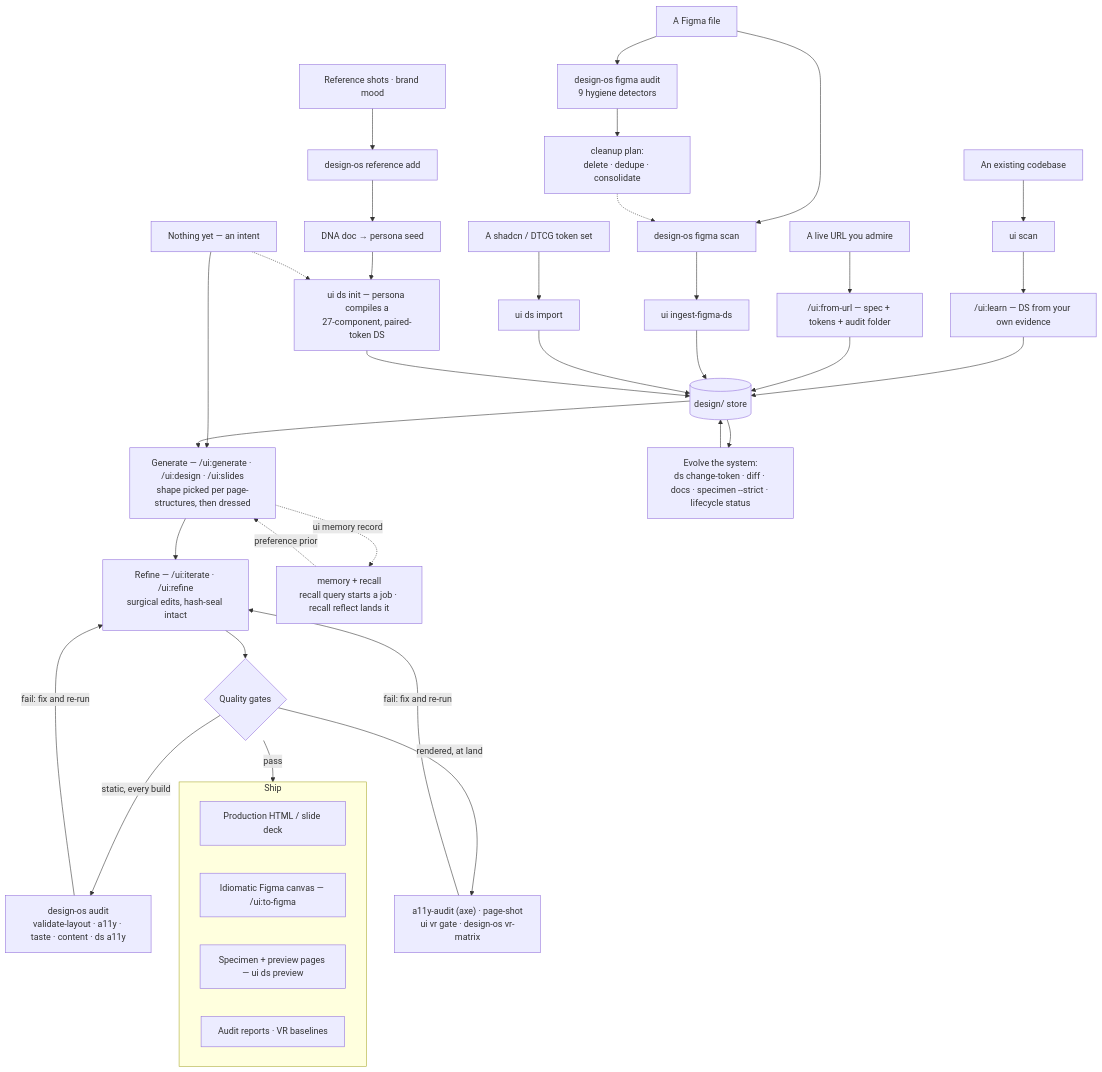
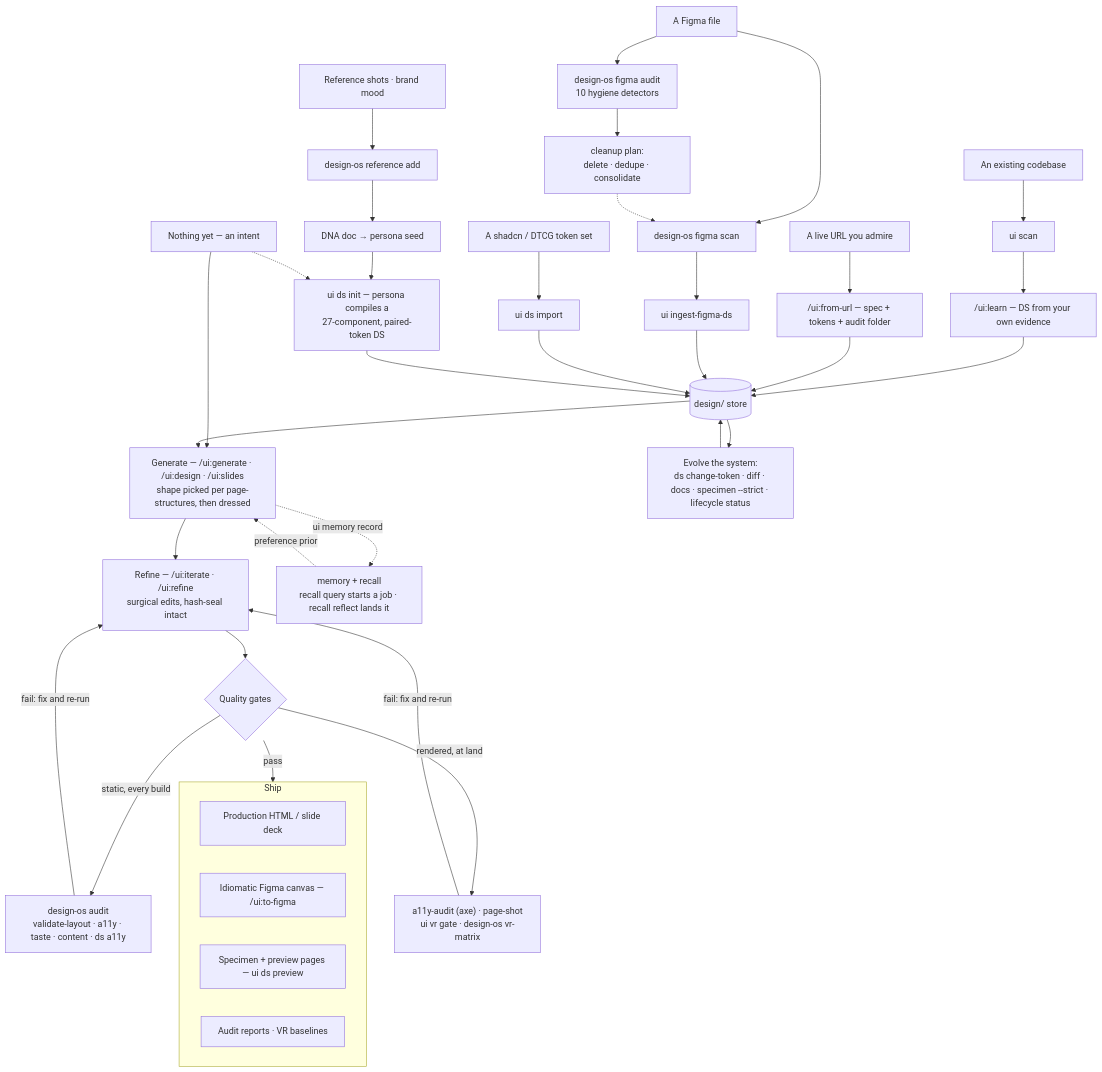
Before and after one commit to jangtrinh/design-os: the second of 2 diagrams in README.md, drawn with Mermaid. The commit also changed other lines of this file, not shown here.

First line of the commit message:
docs: rebrand to DESIGN:OS

````diff
--- a/README.md
+++ b/README.md
@@ -175,30 +175,30 @@
 ```mermaid
 flowchart TD
     E1["Nothing yet — an intent"] --> GEN
     E2["An existing codebase"] --> SCAN["ui scan"] --> LEARN["/ui:learn — DS from your own evidence"] --> STORE
     E3["A live URL you admire"] --> FURL["/ui:from-url — spec + tokens + audit folder"] --> STORE
     E4["A Figma file"] --> FSTAT["design-os figma scan"] --> ING["ui ingest-figma-ds"] --> STORE
-    E4 --> FAUD["design-os figma audit<br/>9 hygiene detectors"] --> CLEAN["cleanup plan:<br/>delete · dedupe · consolidate"] -.-> FSTAT
+    E4 --> FAUD["design-os figma audit<br/>10 hygiene detectors"] --> CLEAN["cleanup plan:<br/>delete · dedupe · consolidate"] -.-> FSTAT
     E5["A shadcn / DTCG token set"] --> IMP["ui ds import"] --> STORE
     E6["Reference shots · brand mood"] --> RADD["design-os reference add"] --> DNA["DNA doc → persona seed"] --> DSINIT
     E1 -.-> DSINIT["ui ds init — persona compiles a<br/>27-component, paired-token DS"]
     DSINIT --> STORE[("design/ store")]
     STORE --> GEN["Generate — /ui:generate · /ui:design · /ui:slides<br/>shape picked per page-structures, then dressed"]
     GEN --> IT["Refine — /ui:iterate · /ui:refine<br/>surgical edits, hash-seal intact"]
     IT --> GATES{"Quality gates"}
     GATES -- static, every build --> SG["design-os audit<br/>validate-layout · a11y · taste · content · ds a11y"]
     GATES -- rendered, at land --> RG["a11y-audit (axe) · page-shot<br/>ui vr gate · design-os vr-matrix"]
     SG -- fail: fix and re-run --> IT
     RG -- fail: fix and re-run --> IT
     GATES -- pass --> SHIP
     subgraph SHIP["Ship"]
       O1["Production HTML / slide deck"]
       O2["Idiomatic Figma canvas — /ui:to-figma"]
       O3["Specimen + preview pages — ui ds preview"]
       O4["Audit reports · VR baselines"]
     end
     GEN -. "ui memory record" .-> MEM["memory + recall<br/>recall query starts a job · recall reflect lands it"]
     MEM -. "preference prior" .-> GEN
     STORE --> OPS["Evolve the system:<br/>ds change-token · diff · docs · specimen --strict · lifecycle status"]
     OPS --> STORE
 ```
````
